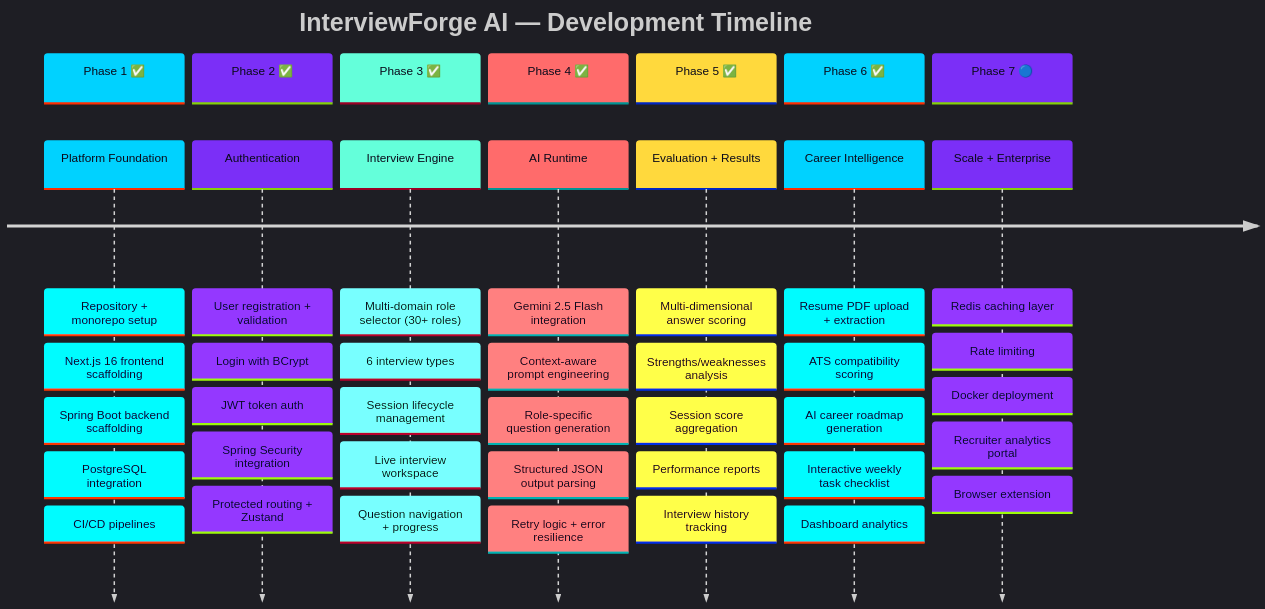
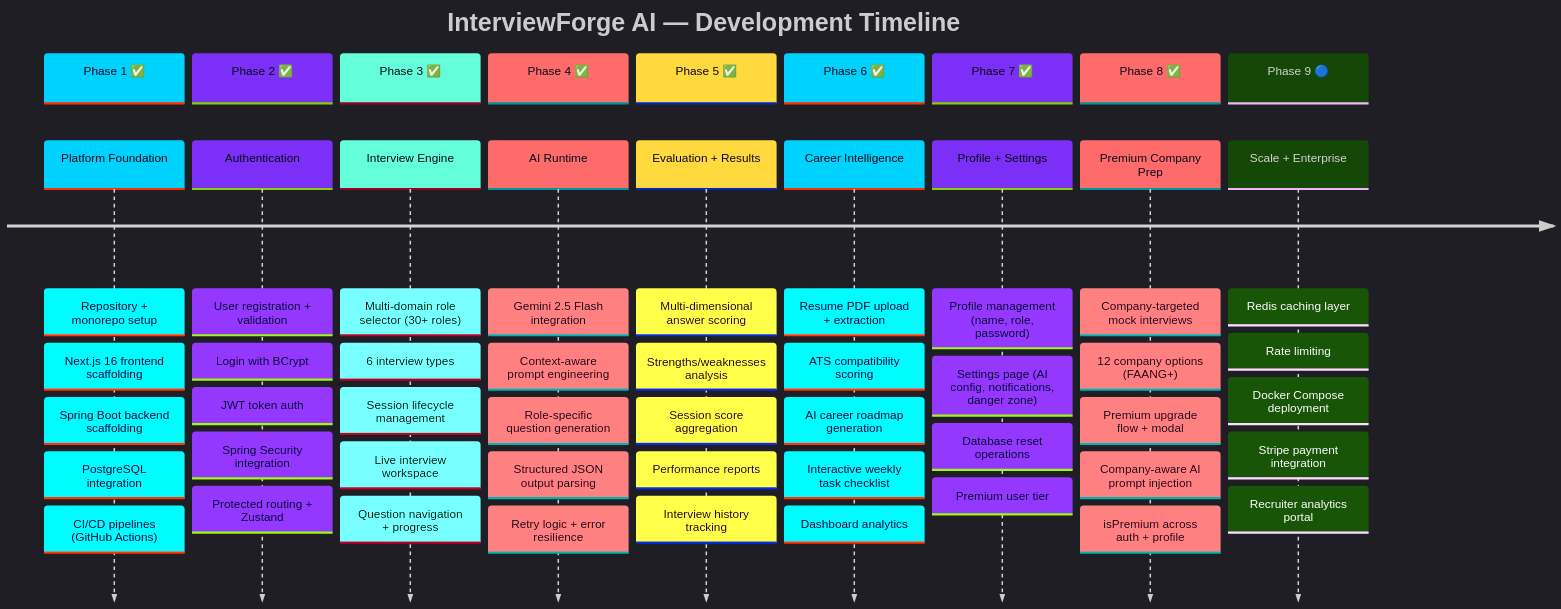
Before and after one commit to Jawahar08/interviewforge-ai: diagram 12 of 12 in README.md, drawn with Mermaid. The commit also changed other lines of this file, not shown here.

Commit message:
docs: complete README overhaul with premium features, AI pipeline diagrams, ER diagram, CI/CD pipeline, and enhanced architecture

````diff
--- a/README.md
+++ b/README.md
@@ -1007,55 +1222,68 @@
 ```mermaid
-%%{init: {'theme': 'dark', 'themeVariables': { 'cScale0': '#00d2ff', 'cScale1': '#7b2ff7', 'cScale2': '#64ffda', 'cScale3': '#ff6b6b', 'cScale4': '#ffd93d', 'cScale5': '#00d2ff', 'cScale6': '#7b2ff7', 'cScaleLabel0': '#0a0a1a', 'cScaleLabel1': '#0a0a1a', 'cScaleLabel2': '#0a0a1a', 'cScaleLabel3': '#0a0a1a', 'cScaleLabel4': '#0a0a1a', 'cScaleLabel5': '#0a0a1a', 'cScaleLabel6': '#0a0a1a', 'fontFamily': 'JetBrains Mono, monospace'}}}%%
+%%{init: {'theme': 'dark', 'themeVariables': { 'cScale0': '#00d2ff', 'cScale1': '#7b2ff7', 'cScale2': '#64ffda', 'cScale3': '#ff6b6b', 'cScale4': '#ffd93d', 'cScale5': '#00d2ff', 'cScale6': '#7b2ff7', 'cScale7': '#ff6b6b', 'cScaleLabel0': '#0a0a1a', 'cScaleLabel1': '#0a0a1a', 'cScaleLabel2': '#0a0a1a', 'cScaleLabel3': '#0a0a1a', 'cScaleLabel4': '#0a0a1a', 'cScaleLabel5': '#0a0a1a', 'cScaleLabel6': '#0a0a1a', 'cScaleLabel7': '#0a0a1a', 'fontFamily': 'JetBrains Mono, monospace'}}}%%
 
 timeline
     title InterviewForge AI — Development Timeline
 
     section Phase 1 ✅
         Platform Foundation : Repository + monorepo setup
                             : Next.js 16 frontend scaffolding
                             : Spring Boot backend scaffolding
                             : PostgreSQL integration
-                            : CI/CD pipelines
+                            : CI/CD pipelines (GitHub Actions)
 
     section Phase 2 ✅
         Authentication : User registration + validation
                        : Login with BCrypt
                        : JWT token auth
                        : Spring Security integration
                        : Protected routing + Zustand
 
     section Phase 3 ✅
         Interview Engine : Multi-domain role selector (30+ roles)
                          : 6 interview types
                          : Session lifecycle management
                          : Live interview workspace
                          : Question navigation + progress
 
     section Phase 4 ✅
         AI Runtime : Gemini 2.5 Flash integration
                    : Context-aware prompt engineering
                    : Role-specific question generation
                    : Structured JSON output parsing
                    : Retry logic + error resilience
 
     section Phase 5 ✅
         Evaluation + Results : Multi-dimensional answer scoring
                              : Strengths/weaknesses analysis
                              : Session score aggregation
                              : Performance reports
                              : Interview history tracking
 
     section Phase 6 ✅
         Career Intelligence : Resume PDF upload + extraction
                             : ATS compatibility scoring
                             : AI career roadmap generation
                             : Interactive weekly task checklist
                             : Dashboard analytics
 
-    section Phase 7 🔵
+    section Phase 7 ✅
+        Profile + Settings : Profile management (name, role, password)
+                           : Settings page (AI config, notifications, danger zone)
+                           : Database reset operations
+                           : Premium user tier
+
+    section Phase 8 ✅
+        Premium Company Prep : Company-targeted mock interviews
+                             : 12 company options (FAANG+)
+                             : Premium upgrade flow + modal
+                             : Company-aware AI prompt injection
+                             : isPremium across auth + profile
+
+    section Phase 9 🔵
         Scale + Enterprise : Redis caching layer
                            : Rate limiting
-                           : Docker deployment
+                           : Docker Compose deployment
+                           : Stripe payment integration
                            : Recruiter analytics portal
-                           : Browser extension
 ```
````
